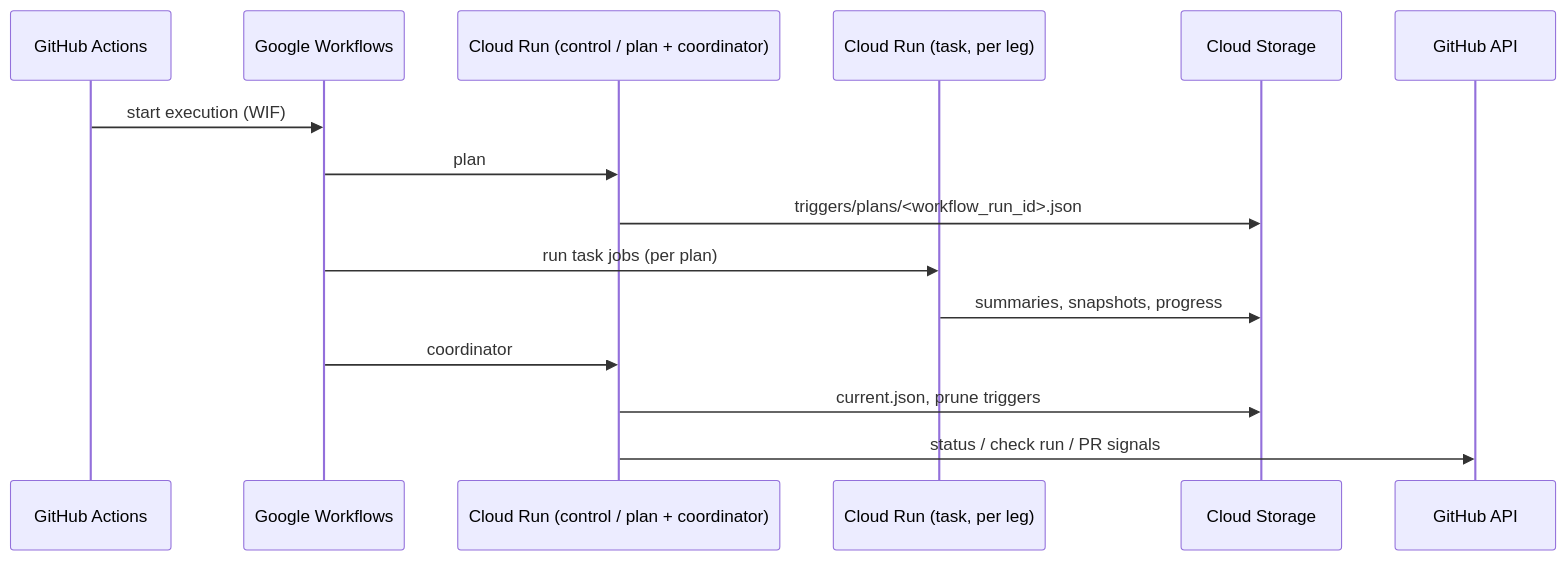
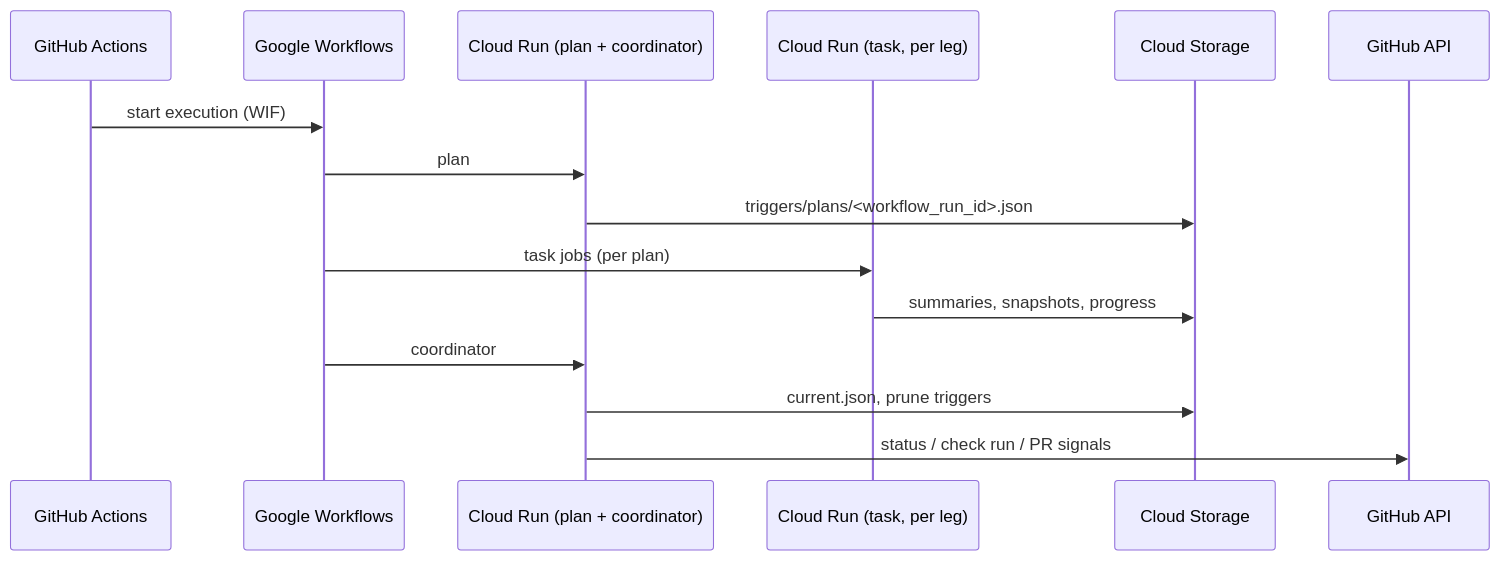
The first of 2 diagrams in docs/architecture.md (klugman-yanai/bmt-gate-sandbox), drawn with Mermaid before and after one commit. The commit also changed other lines of this file and 286 other files, not shown here.

````diff
--- a/docs/architecture.md
+++ b/docs/architecture.md
@@ -11,18 +24,18 @@
 ```mermaid
 sequenceDiagram
     participant GH as GitHub Actions
     participant WF as Google Workflows
-    participant CTRL as Cloud Run (control / plan + coordinator)
+    participant CTRL as Cloud Run (plan + coordinator)
     participant TASK as Cloud Run (task, per leg)
     participant GCS as Cloud Storage
     participant API as GitHub API
 
     GH->>WF: start execution (WIF)
     WF->>CTRL: plan
     CTRL->>GCS: triggers/plans/<workflow_run_id>.json
-    WF->>TASK: run task jobs (per plan)
+    WF->>TASK: task jobs (per plan)
     TASK->>GCS: summaries, snapshots, progress
     WF->>CTRL: coordinator
     CTRL->>GCS: current.json, prune triggers
     CTRL->>API: status / check run / PR signals
 ```
````
